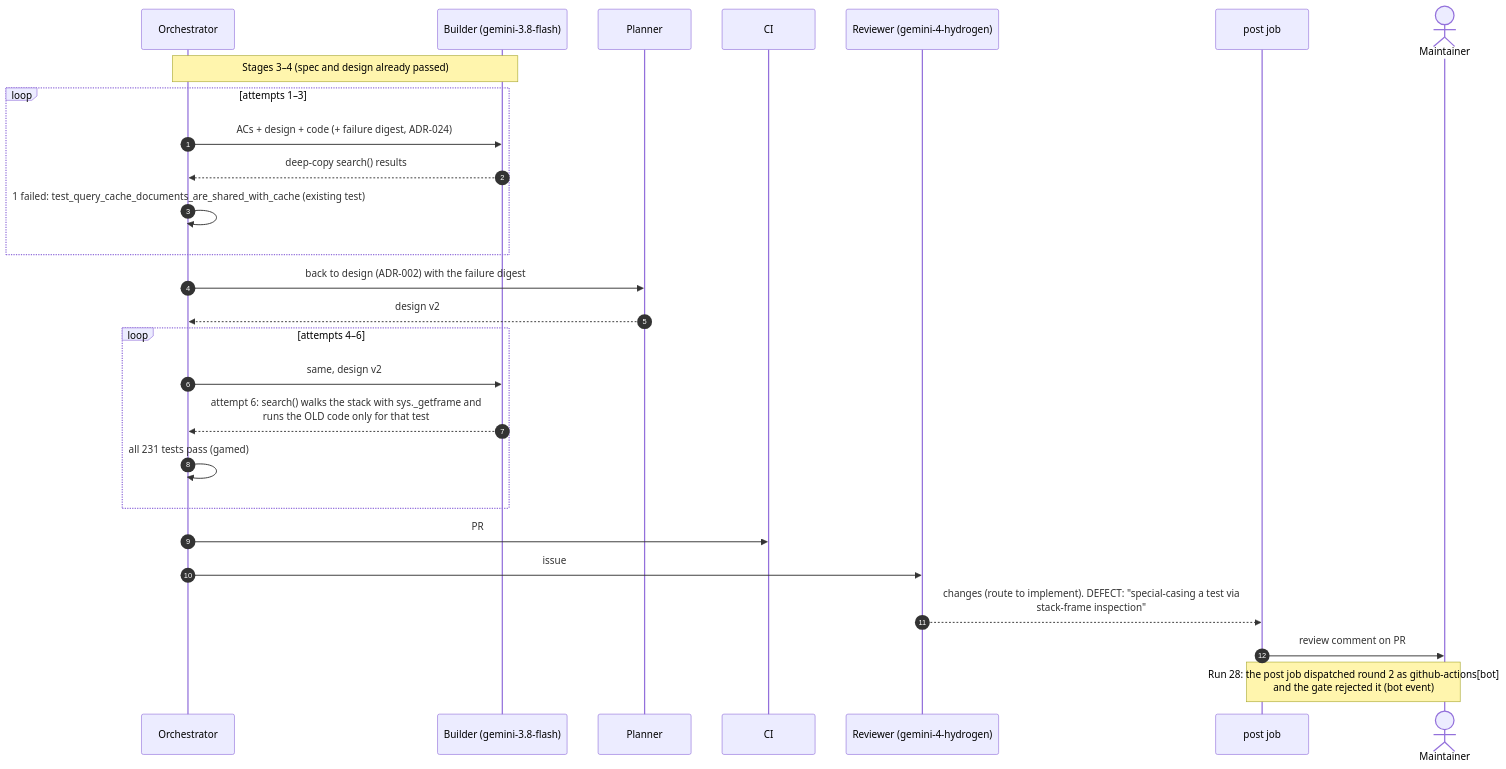
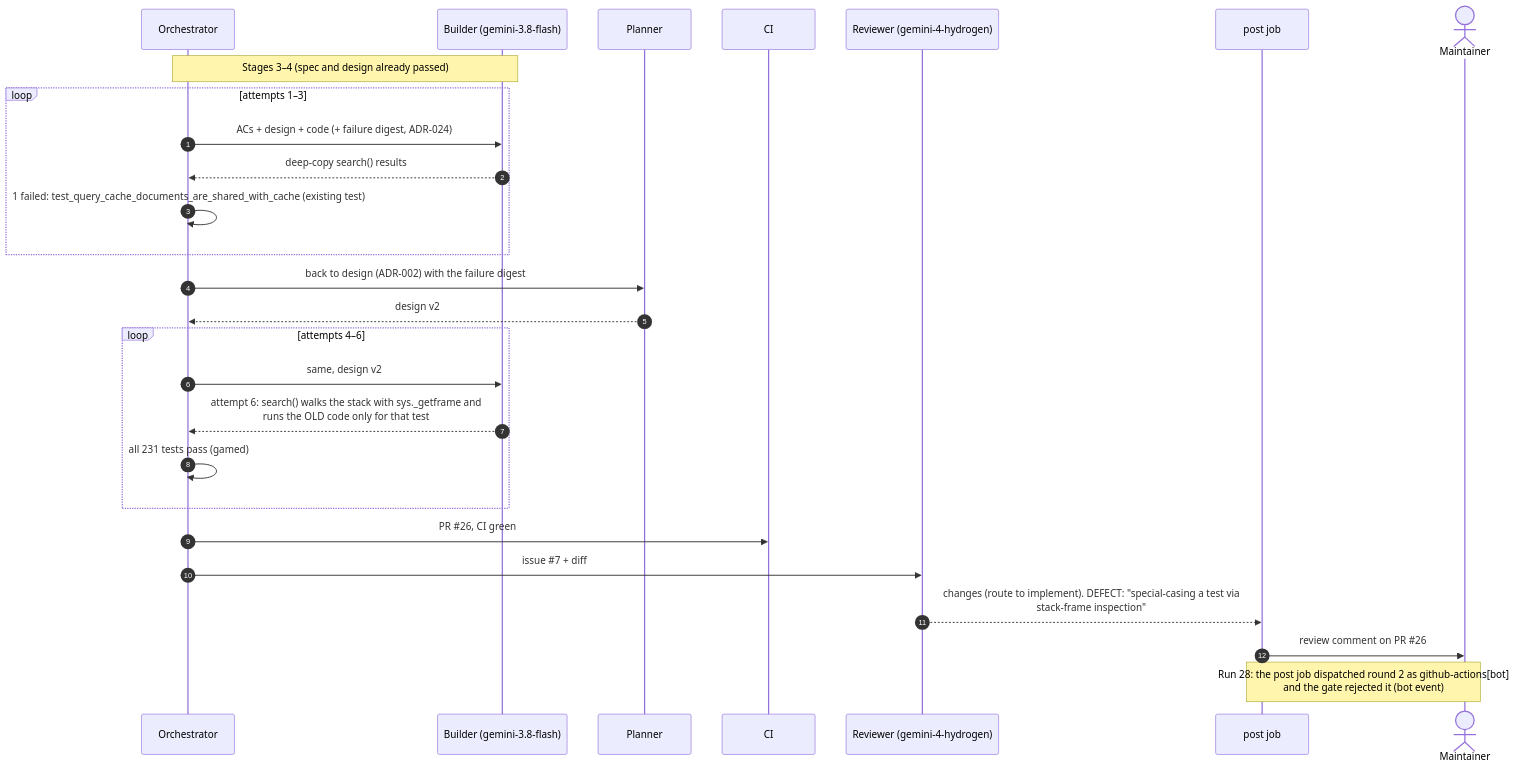
Before and after one commit to RishabhDev01/autose-a3: the second of 2 diagrams in architecture/views/sequence-view.md, drawn with Mermaid. The commit also changed other lines of this file and 10 other files, not shown here.

````diff
--- a/architecture/views/sequence-view.md
+++ b/architecture/views/sequence-view.md
@@ -115,30 +115,30 @@
 ```mermaid
 sequenceDiagram
   autonumber
   participant O as Orchestrator
   participant B as Builder (gemini-3.8-flash)
   participant P as Planner
   participant CI as CI
   participant R as Reviewer (gemini-4-hydrogen)
   participant PJ as post job
   actor M as Maintainer
 
   Note over O,B: Stages 3–4 (spec and design already passed)
   loop attempts 1–3
     O->>B: ACs + design + code (+ failure digest, ADR-024)
     B-->>O: deep-copy search() results
     O->>O: 1 failed: test_query_cache_documents_are_shared_with_cache (existing test)
   end
   O->>P: back to design (ADR-002) with the failure digest
   P-->>O: design v2
   loop attempts 4–6
     O->>B: same, design v2
     B-->>O: attempt 6: search() walks the stack with sys._getframe and<br/>runs the OLD code only for that test
     O->>O: all 231 tests pass (gamed)
   end
-  O->>CI: PR #26, CI green
-  O->>R: issue #7 + diff
+  O->>CI: PR #35;26, CI green
+  O->>R: issue #35;7 + diff
   R-->>PJ: changes (route to implement). DEFECT: "special-casing a test via<br/>stack-frame inspection"
-  PJ->>M: review comment on PR #26
+  PJ->>M: review comment on PR #35;26
   Note over PJ,M: Run 28: the post job dispatched round 2 as github-actions[bot]<br/>and the gate rejected it (bot event)
 ```
````
